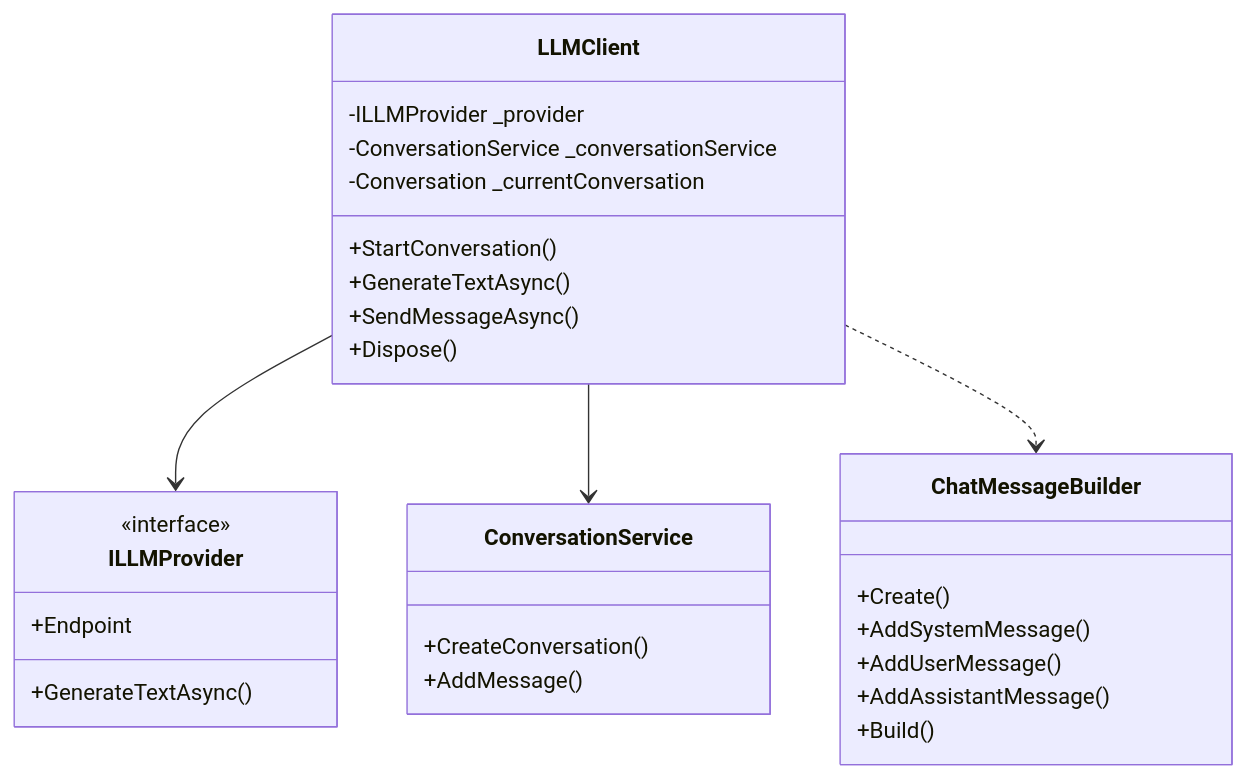
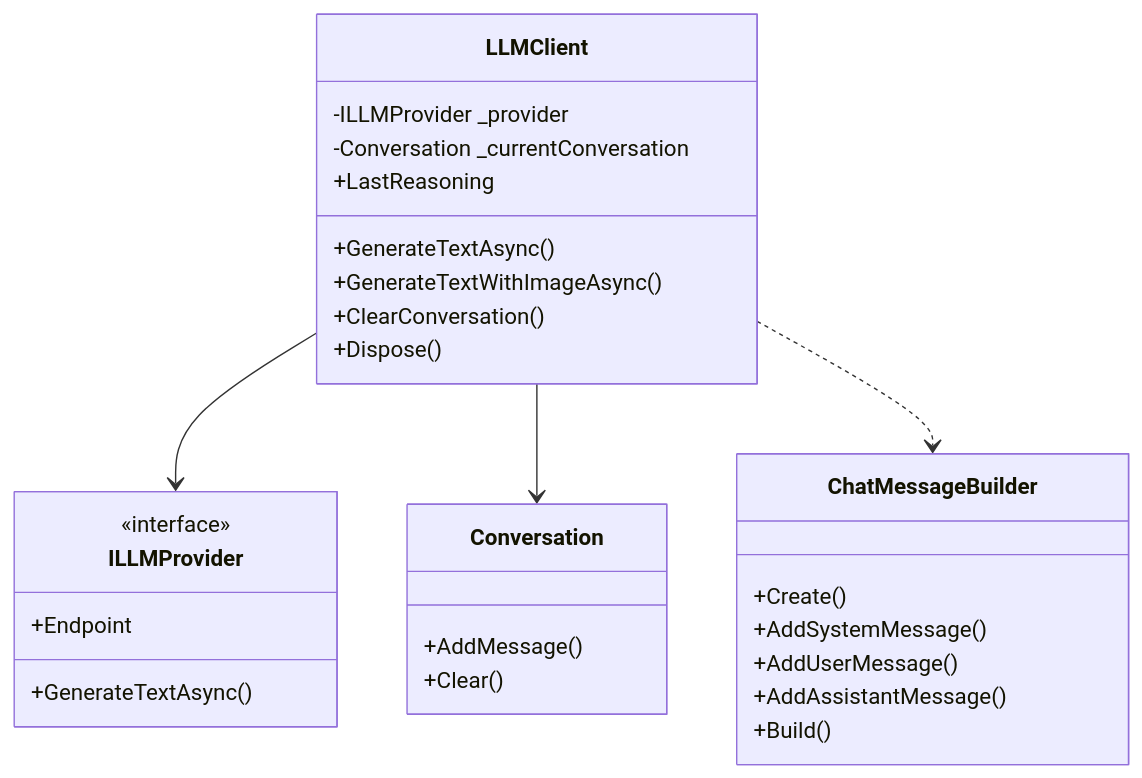
Before and after one commit to MohammedJayyab/LLMKit: the diagram in .wiki/Architecture.md, drawn with Mermaid. The commit also changed other lines of this file and 8 other files, not shown here.

````diff
--- a/.wiki/Architecture.md
+++ b/.wiki/Architecture.md
@@ -96,35 +104,35 @@
 ```mermaid
 classDiagram
     class LLMClient {
         -ILLMProvider _provider
-        -ConversationService _conversationService
         -Conversation _currentConversation
-        +StartConversation()
+        +LastReasoning
         +GenerateTextAsync()
-        +SendMessageAsync()
+        +GenerateTextWithImageAsync()
+        +ClearConversation()
         +Dispose()
     }
     
     class ILLMProvider {
         <<interface>>
         +Endpoint
         +GenerateTextAsync()
     }
     
-    class ConversationService {
-        +CreateConversation()
+    class Conversation {
         +AddMessage()
+        +Clear()
     }
     
     class ChatMessageBuilder {
         +Create()
         +AddSystemMessage()
         +AddUserMessage()
         +AddAssistantMessage()
         +Build()
     }
     
     LLMClient --> ILLMProvider
-    LLMClient --> ConversationService
+    LLMClient --> Conversation
     LLMClient ..> ChatMessageBuilder
 ```
````
